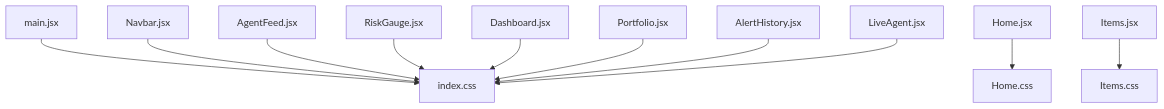
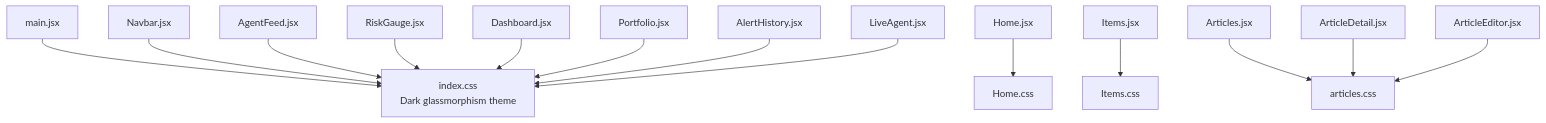
Diagram 11 of 11 in .qoder/repowiki/en/content/Frontend Architecture/Styling Architecture.md (ishwarambare/ishwarambare-app), drawn with Mermaid before and after one commit. The commit also changed other lines of this file and 10 other files, not shown here.

````diff
--- a/.qoder/repowiki/en/content/Frontend Architecture/Styling Architecture.md
+++ b/.qoder/repowiki/en/content/Frontend Architecture/Styling Architecture.md
@@ -380,13 +471,16 @@
 ```mermaid
 graph TB
-M["main.jsx"] --> I["index.css"]
+M["main.jsx"] --> I["index.css<br/>Dark glassmorphism theme"]
 H["Home.jsx"] --> HC["Home.css"]
 Ite["Items.jsx"] --> IC["Items.css"]
+Art["Articles.jsx"] --> AC["articles.css"]
+Det["ArticleDetail.jsx"] --> AC
+Ed["ArticleEditor.jsx"] --> AC
 Nav["Navbar.jsx"] --> I
 AF["AgentFeed.jsx"] --> I
 RG["RiskGauge.jsx"] --> I
 Dash["Dashboard.jsx"] --> I
 Port["Portfolio.jsx"] --> I
 Al["AlertHistory.jsx"] --> I
 Li["LiveAgent.jsx"] --> I
 ```
````
